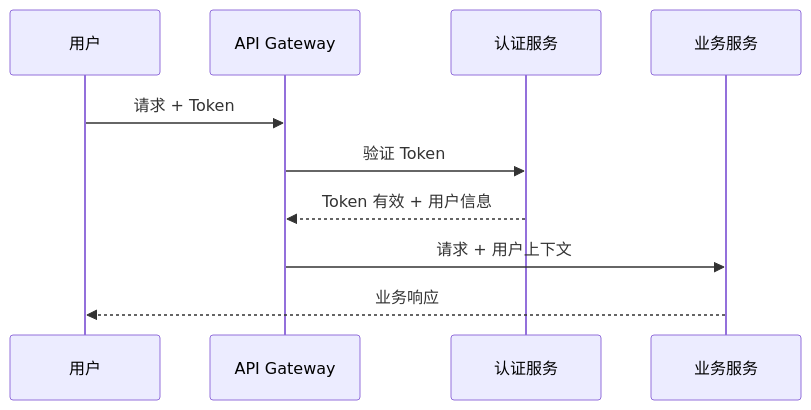
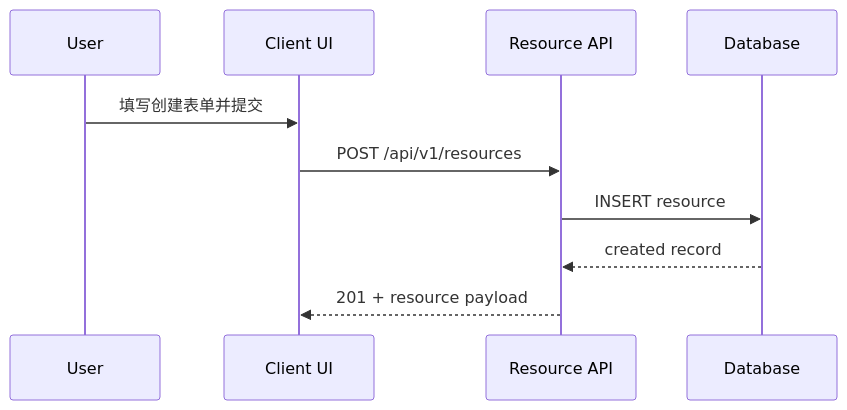
The sixth of 7 diagrams in .opencode/spec-templates/02-技术架构.md (tavisWei/omo-specflow), drawn with Mermaid before and after one commit. The commit also changed other lines of this file and 3 other files, not shown here.

````diff
--- a/.opencode/spec-templates/02-技术架构.md
+++ b/.opencode/spec-templates/02-技术架构.md
@@ -278,13 +264,12 @@
 ```mermaid
 sequenceDiagram
-    participant U as 用户
-    participant GW as API Gateway
-    participant AS as 认证服务
-    participant SV as 业务服务
-
-    U->>GW: 请求 + Token
-    GW->>AS: 验证 Token
-    AS-->>GW: Token 有效 + 用户信息
-    GW->>SV: 请求 + 用户上下文
-    SV-->>U: 业务响应
+    participant U as User
+    participant UI as Client UI
+    participant API as Resource API
+    participant DB as Database
+    U->>UI: 填写创建表单并提交
+    UI->>API: POST /api/v1/resources
+    API->>DB: INSERT resource
+    DB-->>API: created record
+    API-->>UI: 201 + resource payload
 ```
````
